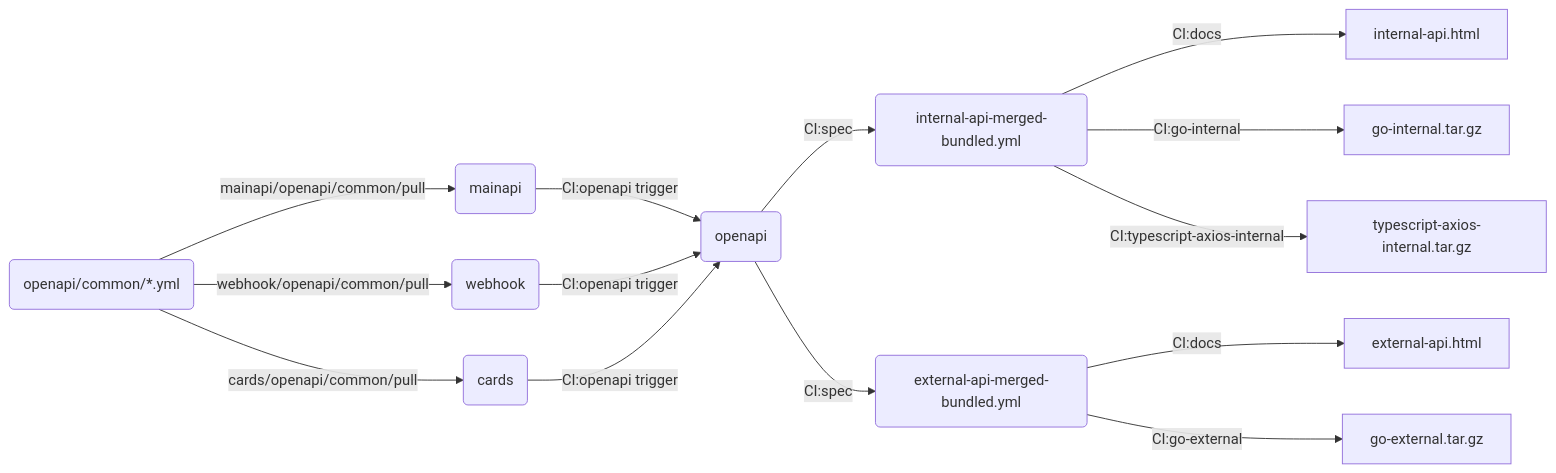
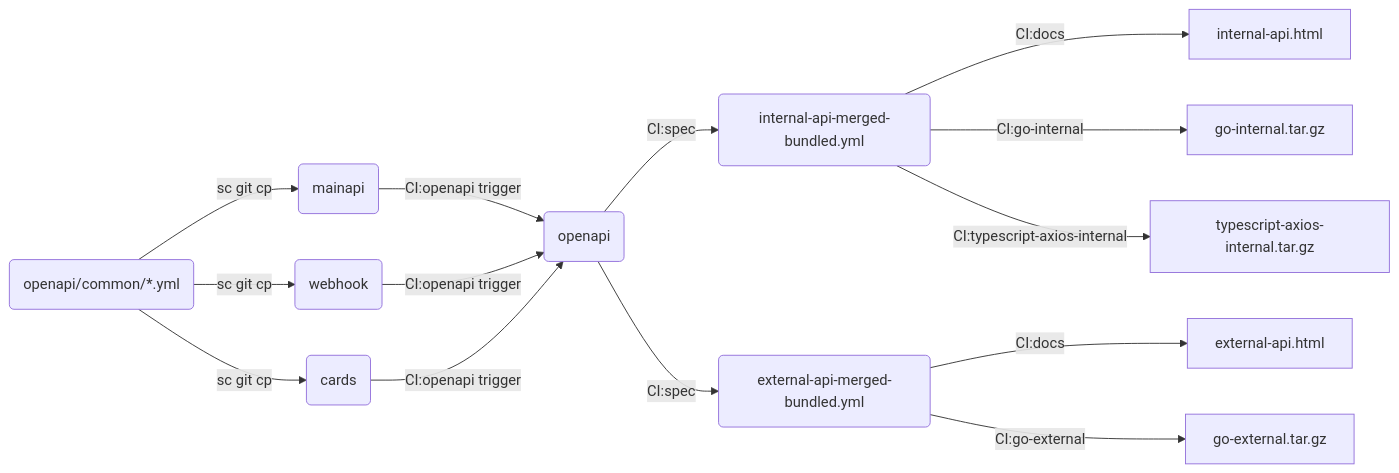
Before and after one commit to synctera/openapi: the diagram in README.md, drawn with Mermaid. The commit also changed 3 other files, not shown here.

First line of the commit message:
chore: remove pull_openapi_common

````diff
--- a/README.md
+++ b/README.md
@@ -7,16 +7,16 @@
 ```mermaid
 graph LR
-O1(openapi/common/*.yml) -->|mainapi/openapi/common/pull| M(mainapi)
-O1 -->|webhook/openapi/common/pull| W(webhook)
-O1 -->|cards/openapi/common/pull| C(cards)
+O1(openapi/common/*.yml) -->|sc git cp| M(mainapi)
+O1 -->|sc git cp| W(webhook)
+O1 -->|sc git cp| C(cards)
 M -->|CI:openapi trigger| O2(openapi)
 W -->|CI:openapi trigger| O2(openapi)
 C -->|CI:openapi trigger| O2(openapi)
 O2 -->|CI:spec| MI(internal-api-merged-bundled.yml)
 O2 -->|CI:spec| ME(external-api-merged-bundled.yml)
 MI -->|CI:docs| internal-api.html
 ME -->|CI:docs| external-api.html
 MI -->|CI:go-internal| go-internal.tar.gz
 ME -->|CI:go-external| go-external.tar.gz
 MI -->|CI:typescript-axios-internal| typescript-axios-internal.tar.gz
 ```
````
